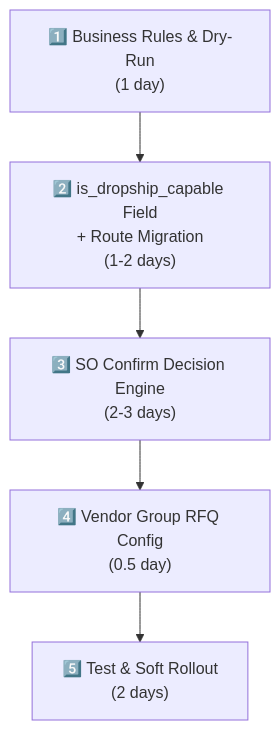
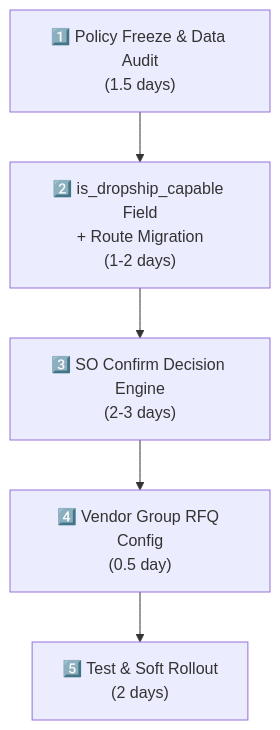
Before and after one commit to ozan-droid/documents: the second of 2 diagrams in fullfilment-strategy-analysis.md, drawn with Mermaid. The commit also changed other lines of this file, not shown here.

````diff
--- a/fullfilment-strategy-analysis.md
+++ b/fullfilment-strategy-analysis.md
@@ -181,7 +321,7 @@
 ```mermaid
 graph TD
-    A["1️⃣ Business Rules & Dry-Run<br/>(1 day)"] --> B["2️⃣ is_dropship_capable Field<br/>+ Route Migration<br/>(1-2 days)"]
+    A["1️⃣ Policy Freeze & Data Audit<br/>(1.5 days)"] --> B["2️⃣ is_dropship_capable Field<br/>+ Route Migration<br/>(1-2 days)"]
     B --> C["3️⃣ SO Confirm Decision Engine<br/>(2-3 days)"]
     C --> D["4️⃣ Vendor Group RFQ Config<br/>(0.5 day)"]
     D --> E["5️⃣ Test & Soft Rollout<br/>(2 days)"]
 ```
````
